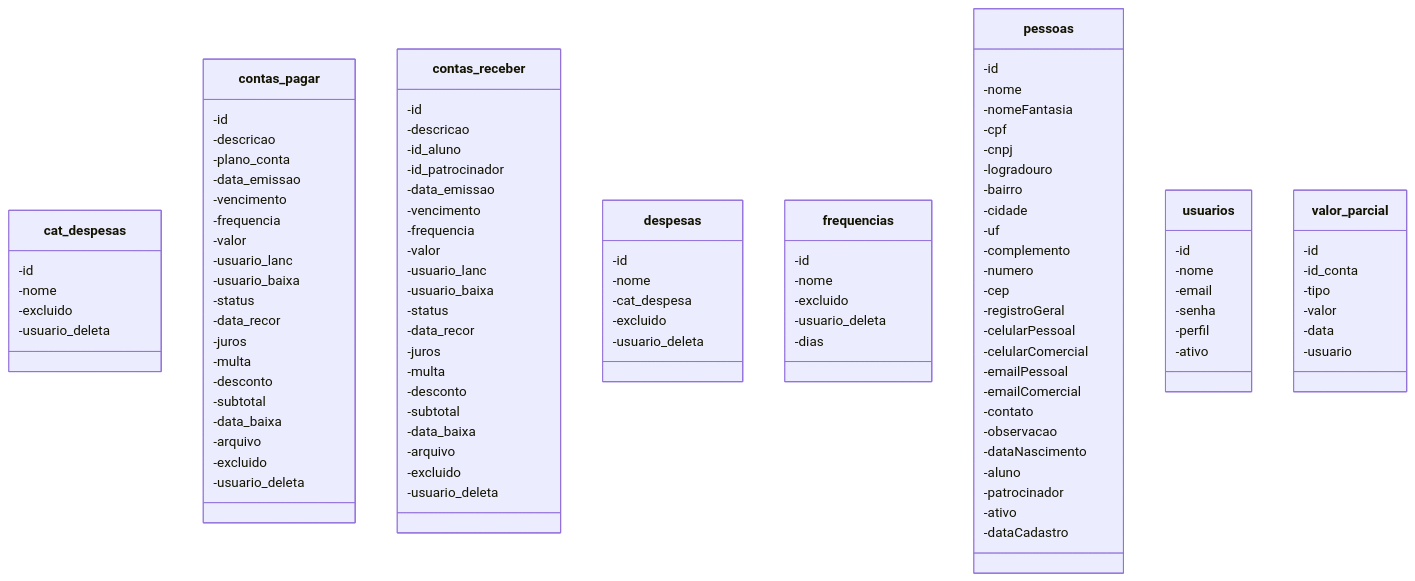
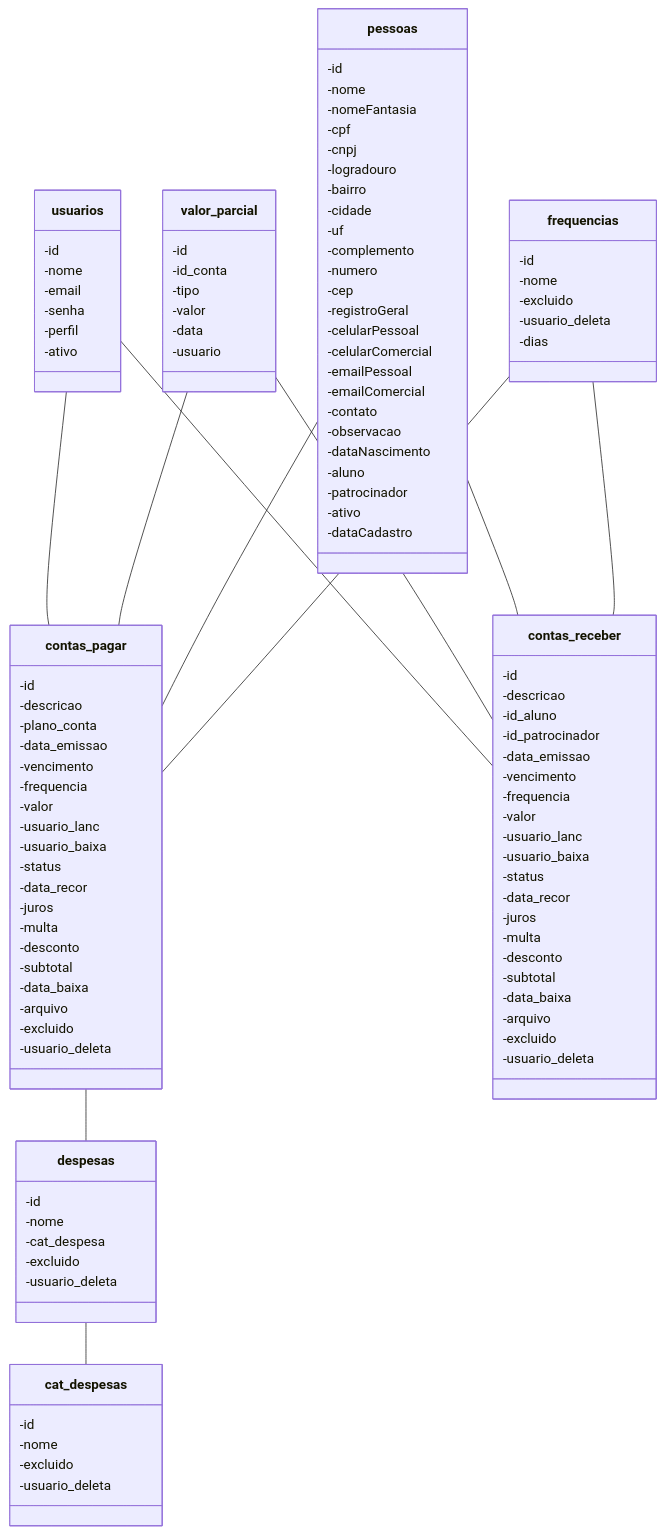
The diagram in README.md (ShivKSF/TCC), drawn with Mermaid before and after one commit.

````diff
--- a/README.md
+++ b/README.md
@@ -70,5 +70,16 @@
    ```mermaid
    classDiagram
+    usuarios -- contas_pagar
+    usuarios -- contas_receber
+    despesas -- cat_despesas
+    contas_pagar -- despesas
+    valor_parcial -- contas_pagar
+    valor_parcial -- contas_receber
+    pessoas -- contas_pagar
+    pessoas -- contas_receber
+    frequencias -- contas_pagar
+    frequencias -- contas_receber
+
        class cat_despesas{
         -id
         -nome
````
